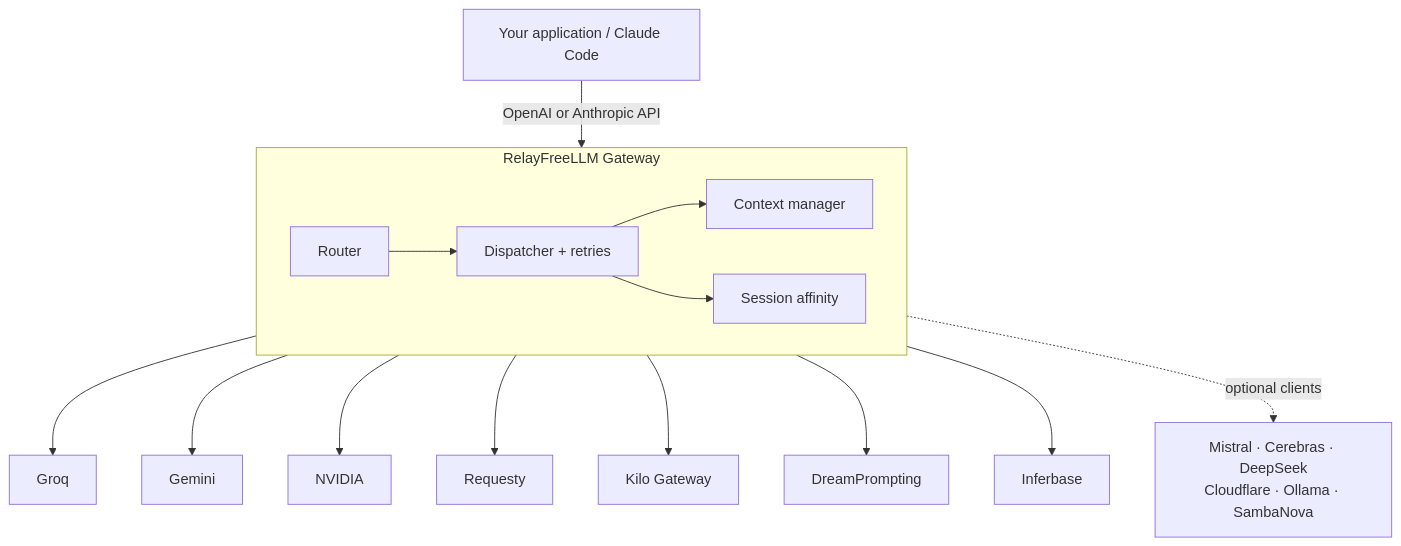
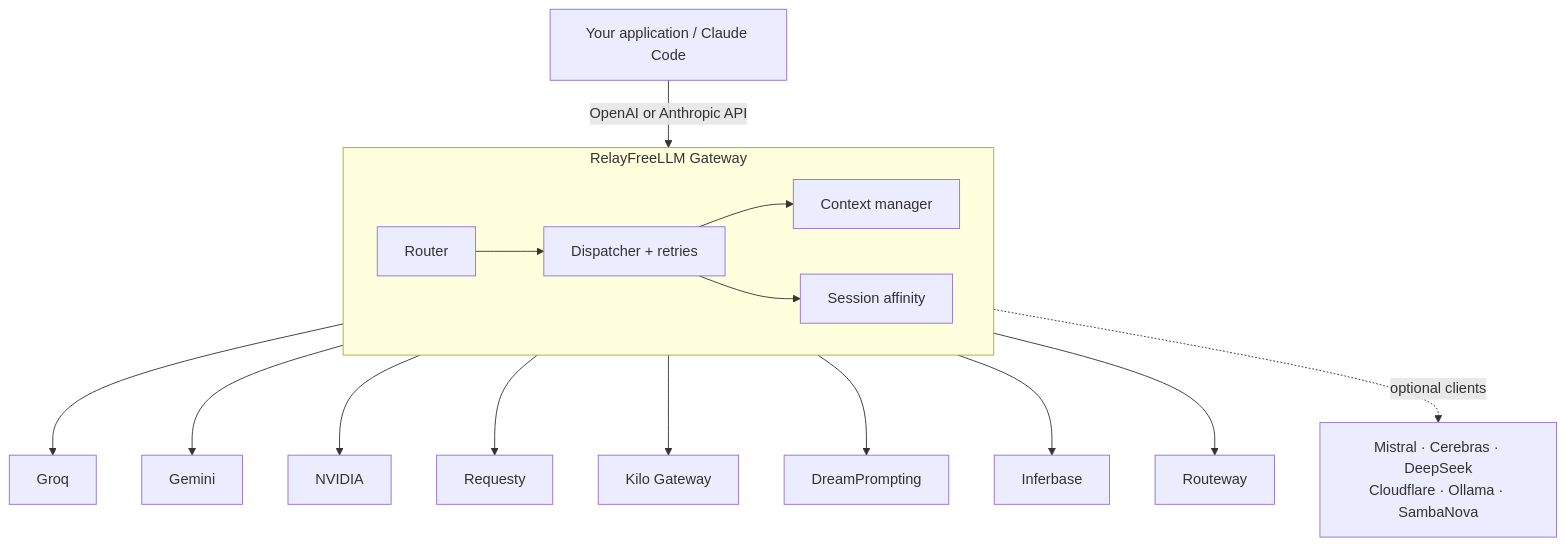
Before and after one commit to msmarkgu/RelayFreeLLM: the diagram in README.md, drawn with Mermaid. The commit also changed other lines of this file and 5 other files, not shown here.

````diff
--- a/README.md
+++ b/README.md
@@ -476,17 +479,18 @@
 ```mermaid
 flowchart TD
     A[Your application / Claude Code] -->|OpenAI or Anthropic API| B
     subgraph B[RelayFreeLLM Gateway]
         C[Router] --> D[Dispatcher + retries]
         D --> E[Context manager]
         D --> F[Session affinity]
     end
     B --> G[Groq]
     B --> H[Gemini]
     B --> I[NVIDIA]
     B --> K[Requesty]
     B --> L[Kilo Gateway]
     B --> M[DreamPrompting]
     B --> N[Inferbase]
+    B --> O[Routeway]
     B -. optional clients .-> J[Mistral · Cerebras · DeepSeek<br/>Cloudflare · Ollama · SambaNova]
 ```
````
